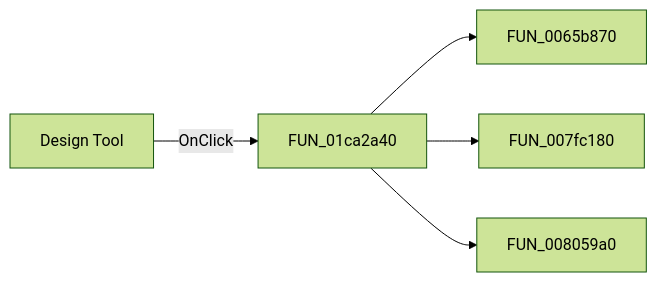
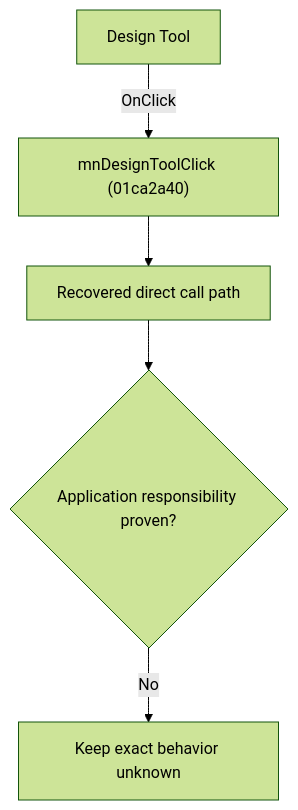
Before and after one commit to MovGP0/TIARA: the diagram in docs/ui-controls/schematiceditor/mndesigntool-3593fe083f.md, drawn with Mermaid (forest theme). The commit also changed other lines of this file and 1062 other files, not shown here.

````diff
--- a/docs/ui-controls/schematiceditor/mndesigntool-3593fe083f.md
+++ b/docs/ui-controls/schematiceditor/mndesigntool-3593fe083f.md
@@ -27,7 +27,7 @@
 ```mermaid
-flowchart LR
-    control["Design Tool"] -->|OnClick| handler["FUN_01ca2a40"]
-    handler --> call1["FUN_0065b870"]
-    handler --> call2["FUN_007fc180"]
-    handler --> call3["FUN_008059a0"]
+flowchart TD
+    control["Design Tool"] -->|"OnClick"| handler["mnDesignToolClick (01ca2a40)"]
+    handler --> recovered["Recovered direct call path"]
+    recovered --> gap{"Application responsibility proven?"}
+    gap -->|"No"| blocked["Keep exact behavior unknown"]
 ```
````
